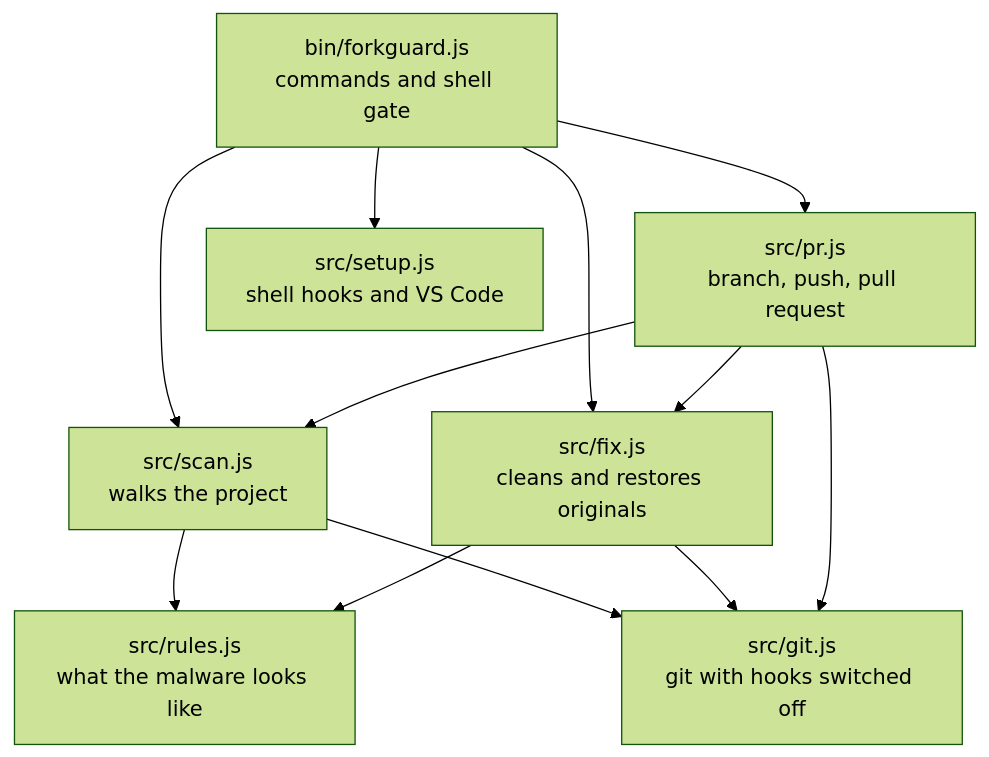
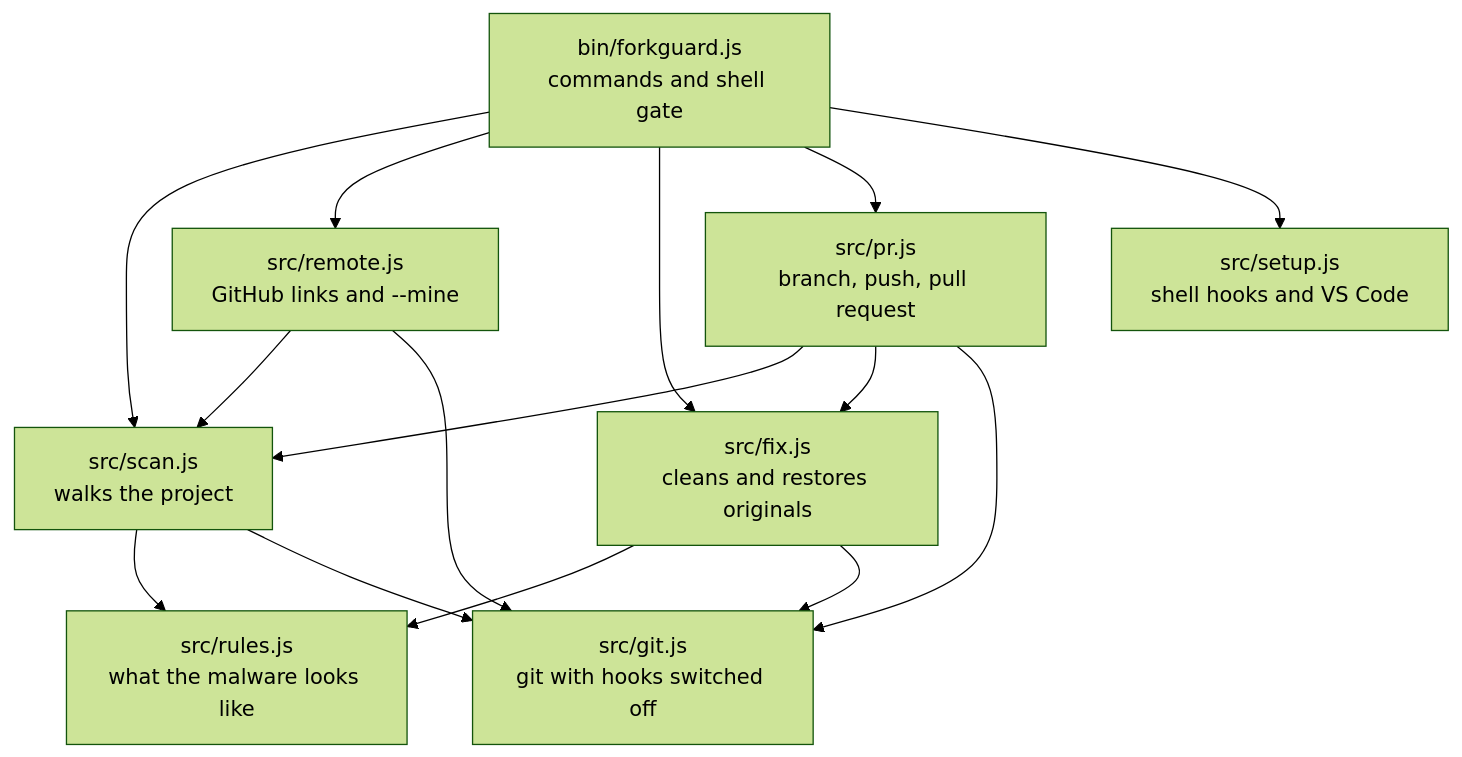
One commit to PRODHOSH/forkguard changed the sixth of 6 diagrams in docs/how-it-works.md. Above: the diagram before and after it, drawn with Mermaid (forest theme). The commit also changed other lines of this file and 11 other files, not shown here.

Commit message:
Check GitHub links and all your repos, full docs

````diff
--- a/docs/how-it-works.md
+++ b/docs/how-it-works.md
@@ -126,22 +153,26 @@
 ```mermaid
 flowchart TD
     CLI["bin/forkguard.js<br/>commands and shell gate"]
     SCAN["src/scan.js<br/>walks the project"]
+    REMOTE["src/remote.js<br/>GitHub links and --mine"]
     RULES["src/rules.js<br/>what the malware looks like"]
     FIX["src/fix.js<br/>cleans and restores originals"]
     PR["src/pr.js<br/>branch, push, pull request"]
     SETUP["src/setup.js<br/>shell hooks and VS Code"]
     GIT["src/git.js<br/>git with hooks switched off"]
 
     CLI --> SCAN
+    CLI --> REMOTE
+    REMOTE --> SCAN
+    REMOTE --> GIT
     CLI --> FIX
     CLI --> PR
     CLI --> SETUP
     SCAN --> RULES
     FIX --> RULES
     PR --> SCAN
     PR --> FIX
     SCAN --> GIT
     FIX --> GIT
     PR --> GIT
 ```
````
